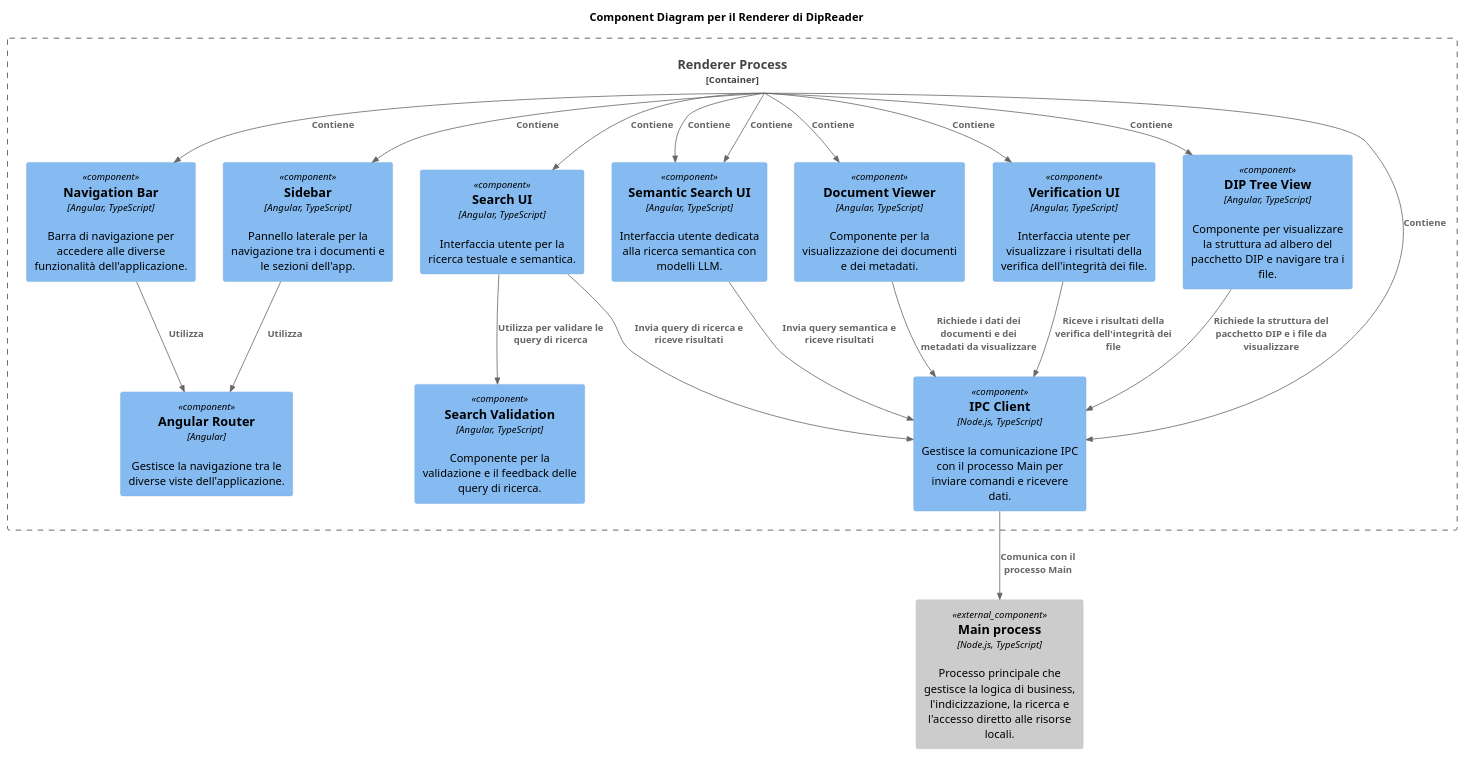
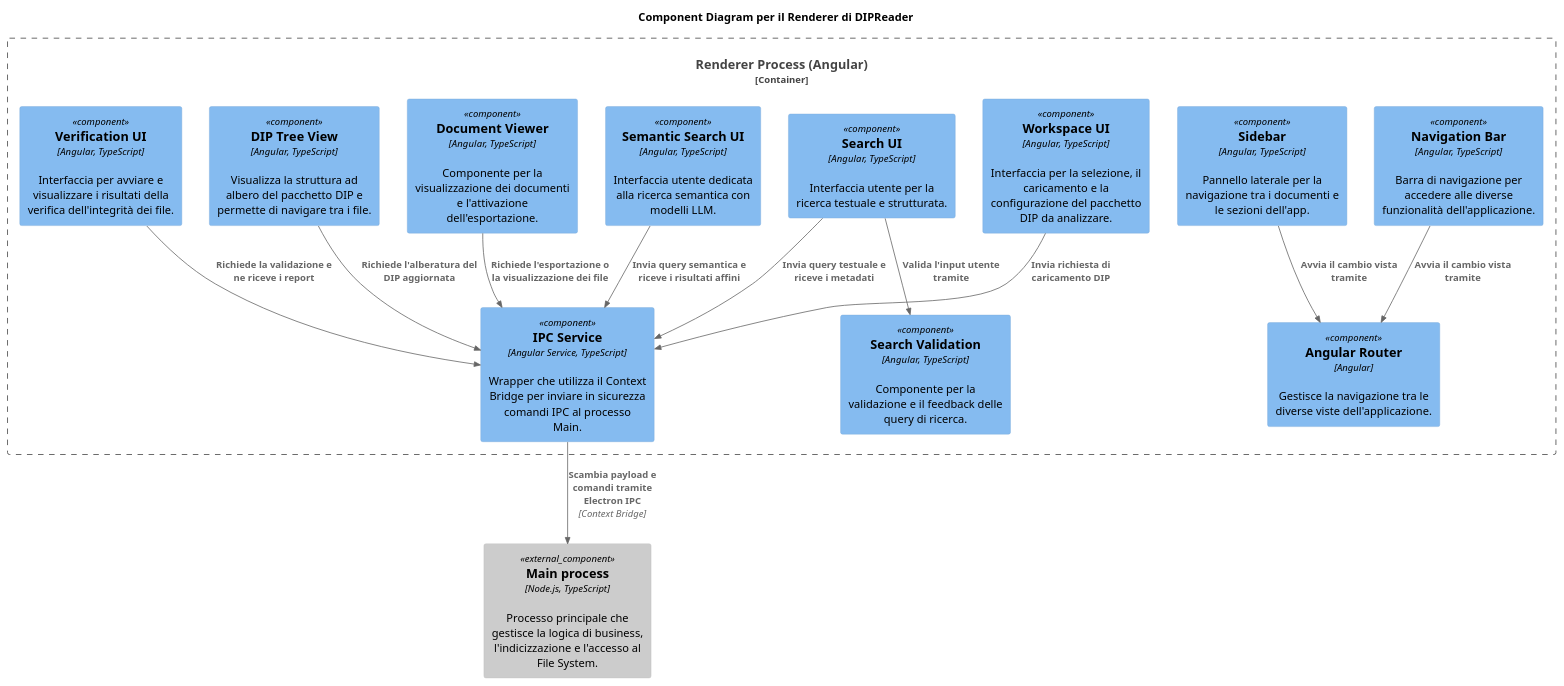
Before and after one commit to 7-ZPUs/Docs: the diagram in 3_PB/SpecificaTecnica/c3_2.puml, drawn with PlantUML.

Commit message:
WIP Angular Design

```diff
--- a/3_PB/SpecificaTecnica/c3_2.puml
+++ b/3_PB/SpecificaTecnica/c3_2.puml
@@ -1,48 +1,39 @@
 @startuml
 !include https://raw.githubusercontent.com/plantuml-stdlib/C4-PlantUML/master/C4_Component.puml
-title Component Diagram per il Renderer di DipReader
+title Component Diagram per il Renderer di DIPReader
 
-
-Container_Boundary(renderer, "Renderer Process") {
+Container_Boundary(renderer, "Renderer Process (Angular)") {
     Component(nav_bar, "Navigation Bar", "Angular, TypeScript", "Barra di navigazione per accedere alle diverse funzionalità dell'applicazione.")
     Component(side_bar, "Sidebar", "Angular, TypeScript", "Pannello laterale per la navigazione tra i documenti e le sezioni dell'app.")
 
-    Component(search_ui, "Search UI", "Angular, TypeScript", "Interfaccia utente per la ricerca testuale e semantica.")
+    Component(dip_loader_ui, "Workspace UI", "Angular, TypeScript", "Interfaccia per la selezione, il caricamento e la configurazione del pacchetto DIP da analizzare.")
+
+    Component(search_ui, "Search UI", "Angular, TypeScript", "Interfaccia utente per la ricerca testuale e strutturata.")
     Component(search_validation, "Search Validation", "Angular, TypeScript", "Componente per la validazione e il feedback delle query di ricerca.")
     Component(sema_search_ui, "Semantic Search UI", "Angular, TypeScript", "Interfaccia utente dedicata alla ricerca semantica con modelli LLM.")
     
-    Component(document_viewer, "Document Viewer", "Angular, TypeScript", "Componente per la visualizzazione dei documenti e dei metadati.")
-    Component(ipc_client, "IPC Client", "Node.js, TypeScript", "Gestisce la comunicazione IPC con il processo Main per inviare comandi e ricevere dati.")
-    Component(verification_ui, "Verification UI", "Angular, TypeScript", "Interfaccia utente per visualizzare i risultati della verifica dell'integrità dei file.")
-    Component(dip_tree_view, "DIP Tree View", "Angular, TypeScript", "Componente per visualizzare la struttura ad albero del pacchetto DIP e navigare tra i file.")
-    Component(sema_search_ui, "Semantic Search UI", "Angular, TypeScript", "Interfaccia utente dedicata alla ricerca semantica con modelli LLM.")
-
+    Component(document_viewer, "Document Viewer", "Angular, TypeScript", "Componente per la visualizzazione dei documenti e l'attivazione dell'esportazione.")
+    Component(dip_tree_view, "DIP Tree View", "Angular, TypeScript", "Visualizza la struttura ad albero del pacchetto DIP e permette di navigare tra i file.")
+    Component(verification_ui, "Verification UI", "Angular, TypeScript", "Interfaccia per avviare e visualizzare i risultati della verifica dell'integrità dei file.")
+    
+    Component(ipc_client, "IPC Service", "Angular Service, TypeScript", "Wrapper che utilizza il Context Bridge per inviare in sicurezza comandi IPC al processo Main.")
     Component(router, "Angular Router", "Angular", "Gestisce la navigazione tra le diverse viste dell'applicazione.")
 }
 
-Component_Ext(main, "Main process", "Node.js, TypeScript", "Processo principale che gestisce la logica di business, l'indicizzazione, la ricerca e l'accesso diretto alle risorse locali.")
+Component_Ext(main, "Main process", "Node.js, TypeScript", "Processo principale che gestisce la logica di business, l'indicizzazione e l'accesso al File System.")
 
+Rel(nav_bar, router, "Avvia il cambio vista tramite")
+Rel(side_bar, router, "Avvia il cambio vista tramite")
 
-Rel(renderer, nav_bar, "Contiene")
-Rel(renderer, side_bar, "Contiene")
-Rel(renderer, search_ui, "Contiene")
-Rel(renderer, sema_search_ui, "Contiene")
-Rel(renderer, document_viewer, "Contiene")
-Rel(renderer, ipc_client, "Contiene")
-Rel(renderer, verification_ui, "Contiene")
-Rel(renderer, dip_tree_view, "Contiene")
-Rel(renderer, sema_search_ui, "Contiene")
+Rel(search_ui, search_validation, "Valida l'input utente tramite")
 
-Rel(nav_bar, router, "Utilizza")
-Rel(side_bar, router, "Utilizza")
+Rel(dip_loader_ui, ipc_client, "Invia richiesta di caricamento DIP")
+Rel(search_ui, ipc_client, "Invia query testuale e riceve i metadati")
+Rel(sema_search_ui, ipc_client, "Invia query semantica e riceve i risultati affini")
+Rel(document_viewer, ipc_client, "Richiede l'esportazione o la visualizzazione dei file")
+Rel(dip_tree_view, ipc_client, "Richiede l'alberatura del DIP aggiornata")
+Rel(verification_ui, ipc_client, "Richiede la validazione e ne riceve i report")
 
-Rel(search_ui, search_validation, "Utilizza per validare le query di ricerca")
-
-Rel(ipc_client, main, "Comunica con il processo Main")
-Rel(search_ui, ipc_client, "Invia query di ricerca e riceve risultati")
-Rel(document_viewer, ipc_client, "Richiede i dati dei documenti e dei metadati da visualizzare")
-Rel(verification_ui, ipc_client, "Riceve i risultati della verifica dell'integrità dei file")
-Rel(dip_tree_view, ipc_client, "Richiede la struttura del pacchetto DIP e i file da visualizzare")
-Rel(sema_search_ui, ipc_client, "Invia query semantica e riceve risultati")
+Rel(ipc_client, main, "Scambia payload e comandi tramite Electron IPC", "Context Bridge")
 
 @enduml
```
